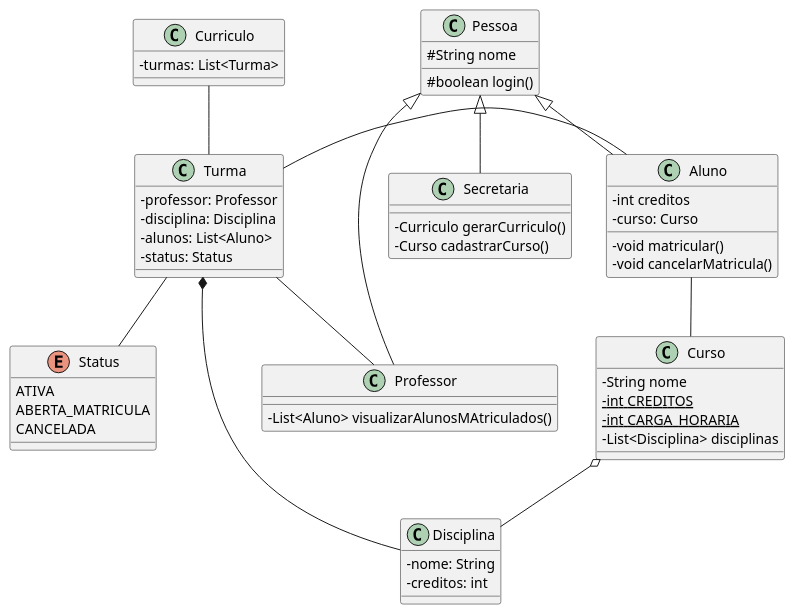
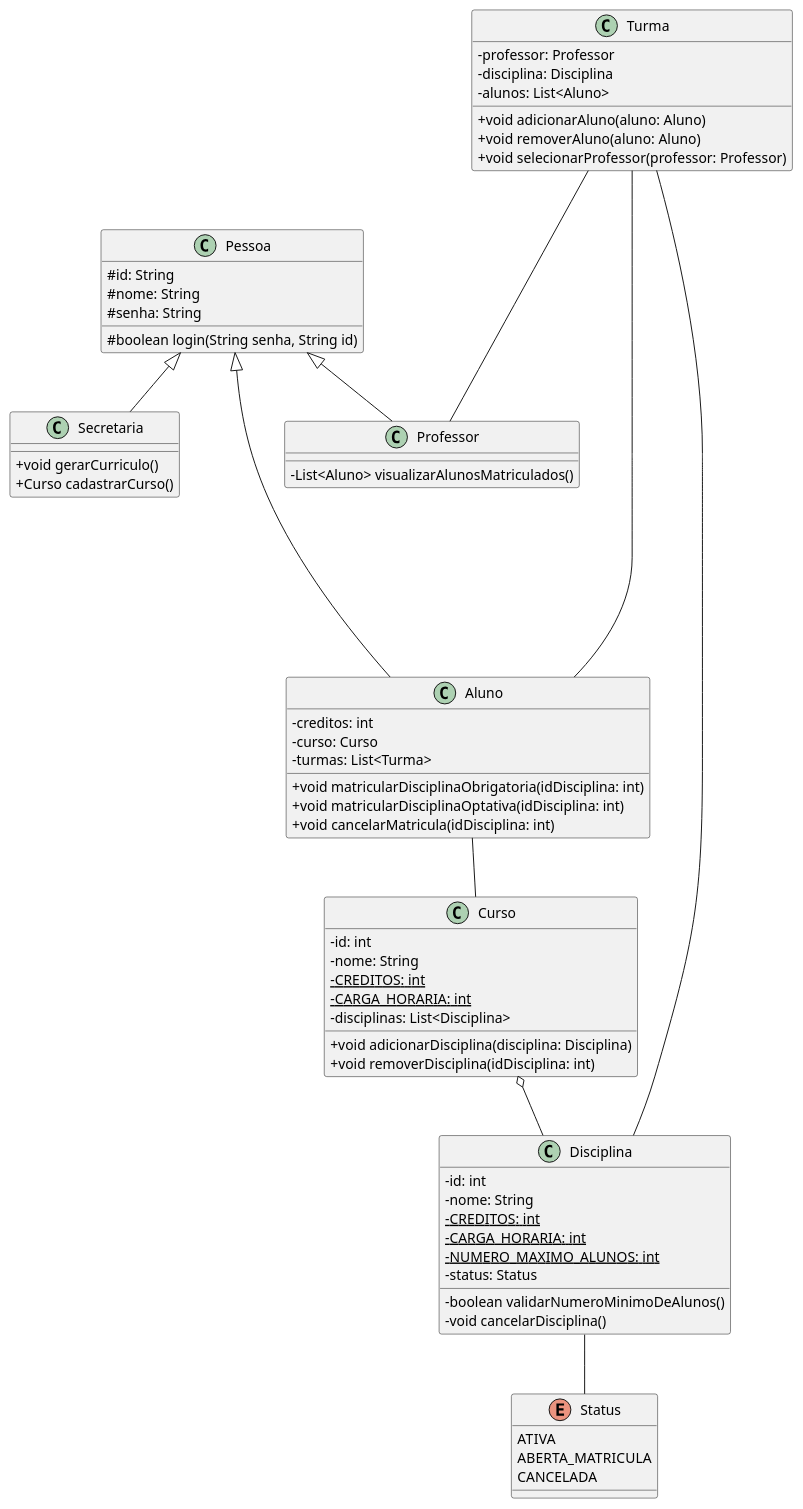
Before and after one commit to AugustoNoronha/labDevSoftware: the diagram in projeto/diagramaDeClasse/diagramaDeClasse.puml, drawn with PlantUML.

Commit message:
Atualizacao diagrama de classes

```diff
--- a/projeto/diagramaDeClasse/diagramaDeClasse.puml
+++ b/projeto/diagramaDeClasse/diagramaDeClasse.puml
@@ -1,67 +1,79 @@
 @startuml
 skinparam classAttributeIconSize 0
 
 class Pessoa {
-#String nome
-#boolean login()
+#id: String
+#nome: String
+#senha: String
+#boolean login(String senha, String id)
 }
 
 Pessoa <|-- Secretaria
 Pessoa <|-- Aluno
 Pessoa <|-- Professor
 
 class Secretaria {
--Curriculo gerarCurriculo()
--Curso cadastrarCurso()
++void gerarCurriculo()
++Curso cadastrarCurso()
+}
+
+class Aluno  {
+-creditos: int
+-curso: Curso
+-turmas: List<Turma>
++void matricularDisciplinaObrigatoria(idDisciplina: int)
++void matricularDisciplinaOptativa(idDisciplina: int)
++void cancelarMatricula(idDisciplina: int)
+}
+
+class Professor  {
+-List<Aluno> visualizarAlunosMatriculados()
 }
 
 class Curso {
--String nome
--{static} int CREDITOS
--{static} int CARGA_HORARIA
--List<Disciplina> disciplinas
+-id: int
+-nome: String
+-CREDITOS: int {static}
+-CARGA_HORARIA: int {static}
+-disciplinas: List<Disciplina>
++ void adicionarDisciplina(disciplina: Disciplina)
++ void removerDisciplina(idDisciplina: int)
 }
 
-class Curriculo{
--turmas: List<Turma>
+class Disciplina {
+-id: int
+-nome: String
+-CREDITOS: int {static}
+-CARGA_HORARIA: int {static}
+-NUMERO_MAXIMO_ALUNOS: int {static}
+-status: Status
+-boolean validarNumeroMinimoDeAlunos()
+-void cancelarDisciplina()
 }
 
 class Turma{
 -professor: Professor
 -disciplina: Disciplina
 -alunos: List<Aluno>
--status: Status
++void adicionarAluno(aluno: Aluno)
++void removerAluno(aluno: Aluno)
++void selecionarProfessor(professor: Professor)
 }
 
 enum Status{
 ATIVA
 ABERTA_MATRICULA
 CANCELADA
 }
 
-class Disciplina {
--nome: String
--creditos: int
-}
+Curso o-- Disciplina
 
-Curso o-- Disciplina
 Aluno -- Curso
-Curriculo -- Turma
 
-Turma *-- Disciplina
-Turma -- Professor
-Turma - Aluno
-Turma -- Status
+Turma -- Disciplina
+Turma --- Professor
+Turma ------ Aluno
 
-class Aluno  {
--int creditos
--curso: Curso
--void matricular()
--void cancelarMatricula()
-}
-
-class Professor  {
--List<Aluno> visualizarAlunosMAtriculados()
-}
+Disciplina -- Status
 
 @enduml
```
